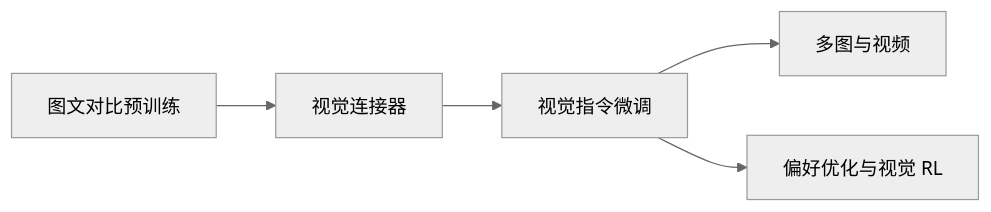
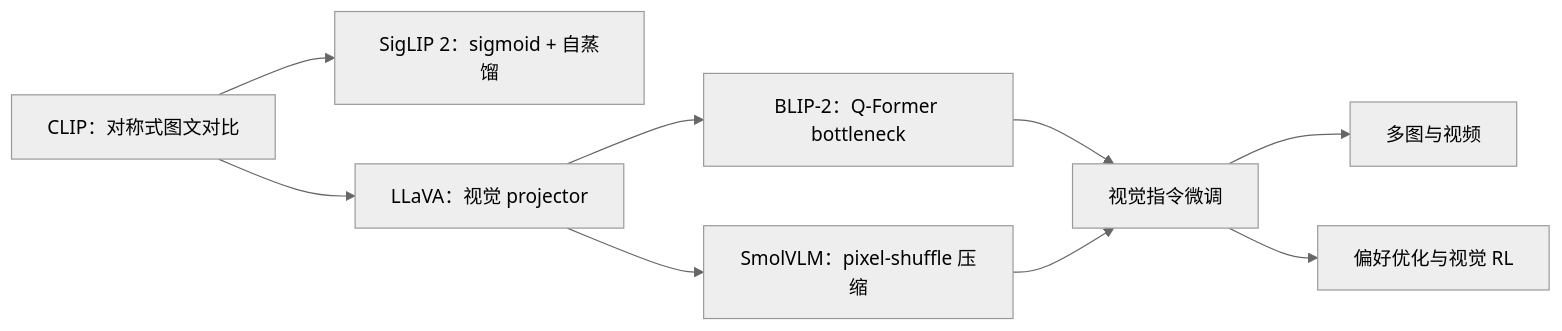
The diagram in docs/multimodal-models/lineage.md (daiwk/auto-research), drawn with Mermaid (neutral theme) before and after one commit. The commit also changed other lines of this file and 55 other files, not shown here.

````diff
--- a/docs/multimodal-models/lineage.md
+++ b/docs/multimodal-models/lineage.md
@@ -3,7 +3,11 @@
 ```mermaid
 flowchart LR
-  A["图文对比预训练"] --> B["视觉连接器"]
-  B --> C["视觉指令微调"]
+  A["CLIP：对称式图文对比"] --> S["SigLIP 2：sigmoid + 自蒸馏"]
+  A --> B["LLaVA：视觉 projector"]
+  B --> Q["BLIP-2：Q-Former bottleneck"]
+  B --> P["SmolVLM：pixel-shuffle 压缩"]
+  Q --> C["视觉指令微调"]
+  P --> C
   C --> D["多图与视频"]
   C --> E["偏好优化与视觉 RL"]
 ```
````
